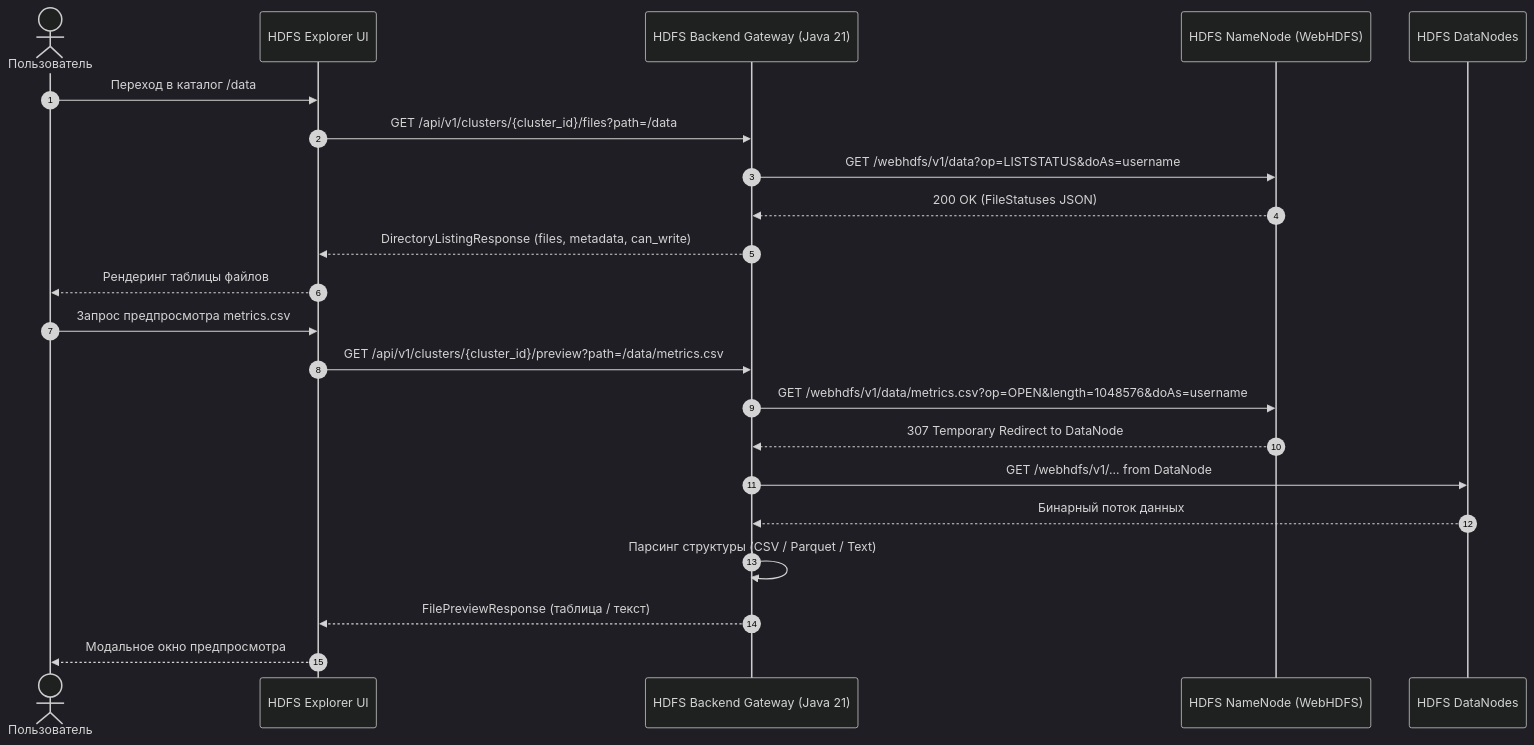
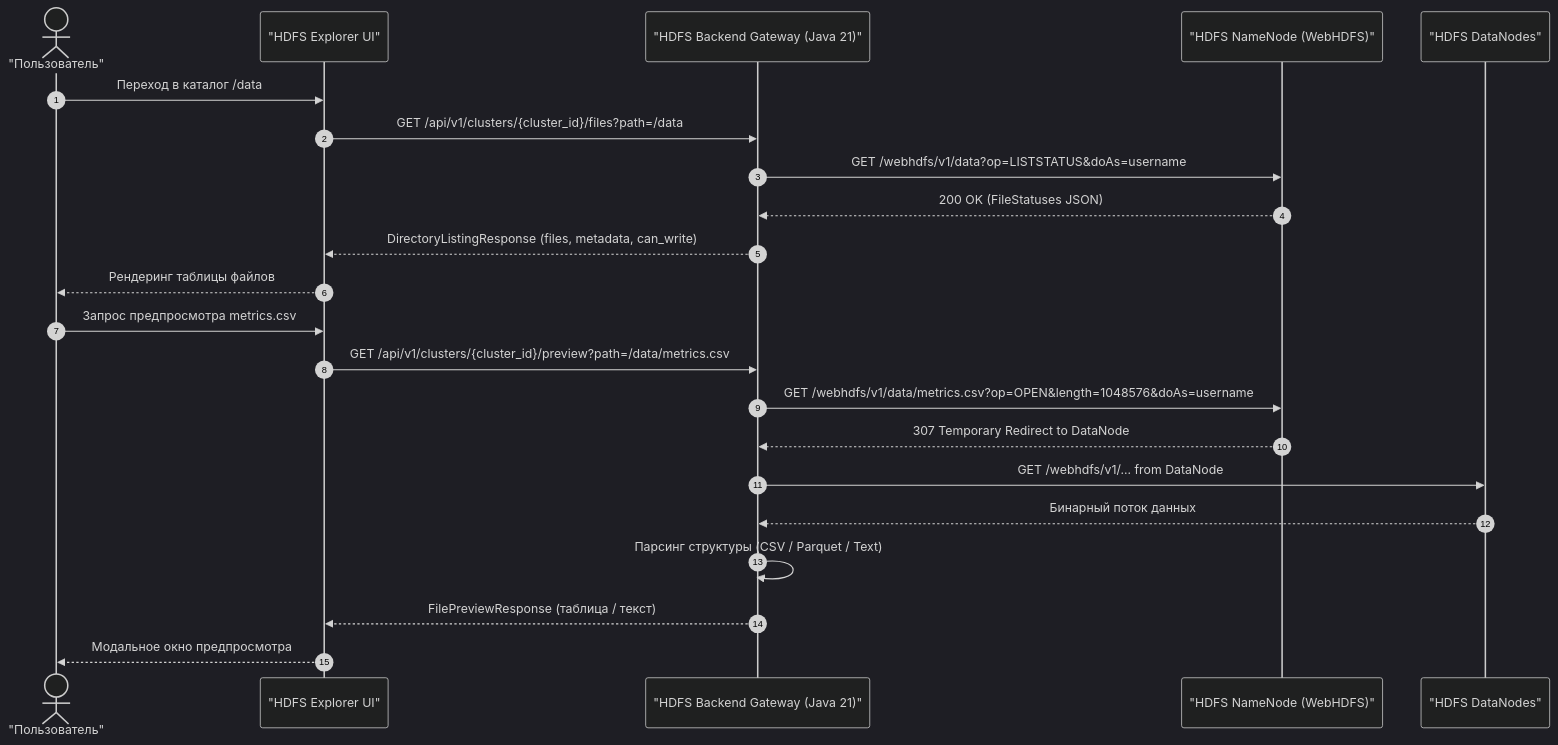
The second of 2 diagrams in docs/hdfs-user-guide.md (balookrd/hadoop-explorer), drawn with Mermaid (dark theme) before and after one commit. The commit also changed other lines of this file and 6 other files, not shown here.

Commit message:
docs: fix Mermaid diagram syntax and quote link labels for GitHub rendering

````diff
--- a/docs/hdfs-user-guide.md
+++ b/docs/hdfs-user-guide.md
@@ -73,26 +73,26 @@
 ```mermaid
 sequenceDiagram
     autonumber
-    actor U as Пользователь
-    participant UI as HDFS Explorer UI
-    participant BE as HDFS Backend Gateway (Java 21)
-    participant NN as HDFS NameNode (WebHDFS)
-    participant DN as HDFS DataNodes
+    actor U as "Пользователь"
+    participant UI as "HDFS Explorer UI"
+    participant BE as "HDFS Backend Gateway (Java 21)"
+    participant NN as "HDFS NameNode (WebHDFS)"
+    participant DN as "HDFS DataNodes"
 
     U->>UI: Переход в каталог /data
     UI->>BE: GET /api/v1/clusters/{cluster_id}/files?path=/data
     BE->>NN: GET /webhdfs/v1/data?op=LISTSTATUS&doAs=username
     NN-->>BE: 200 OK (FileStatuses JSON)
     BE-->>UI: DirectoryListingResponse (files, metadata, can_write)
     UI-->>U: Рендеринг таблицы файлов
 
     U->>UI: Запрос предпросмотра metrics.csv
     UI->>BE: GET /api/v1/clusters/{cluster_id}/preview?path=/data/metrics.csv
     BE->>NN: GET /webhdfs/v1/data/metrics.csv?op=OPEN&length=1048576&doAs=username
     NN-->>BE: 307 Temporary Redirect to DataNode
     BE->>DN: GET /webhdfs/v1/... from DataNode
     DN-->>BE: Бинарный поток данных
     BE->>BE: Парсинг структуры (CSV / Parquet / Text)
     BE-->>UI: FilePreviewResponse (таблица / текст)
     UI-->>U: Модальное окно предпросмотра
 ```
````
